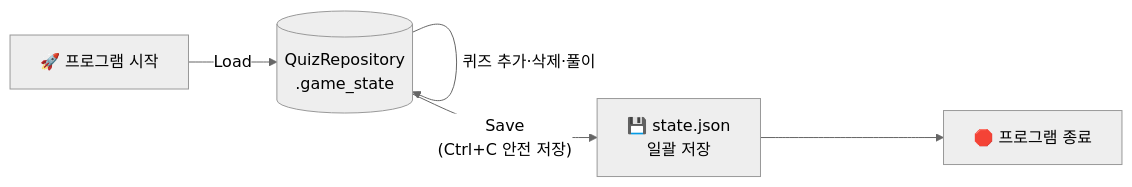
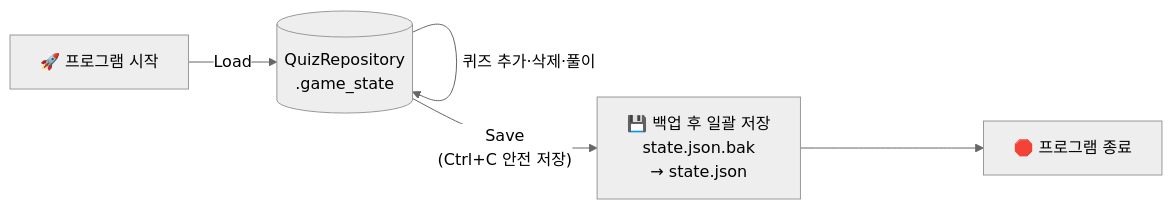
One commit to Genie1486/codyssey-e1-2 changed the diagram in README.md. Above: the diagram before and after it, drawn with Mermaid (neutral theme). The commit also changed other lines of this file and 1 other file, not shown here.

````diff
--- a/README.md
+++ b/README.md
@@ -140,7 +165,7 @@
 ```mermaid
 flowchart LR
     A["🚀 프로그램 시작"] -->|Load| B[("QuizRepository<br>.game_state")]
     B -->|퀴즈 추가·삭제·풀이| B
-    B -->|"Save<br>(Ctrl+C 안전 저장)"| C["💾 state.json<br>일괄 저장"]
+    B -->|"Save<br>(Ctrl+C 안전 저장)"| C["💾 백업 후 일괄 저장<br>state.json.bak<br> → state.json"]
     C --> D["🛑 프로그램 종료"]
 ```
````
